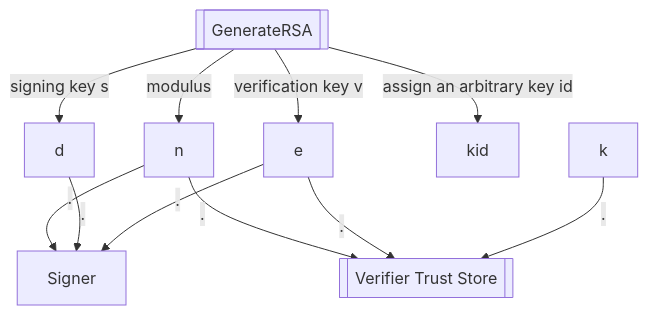
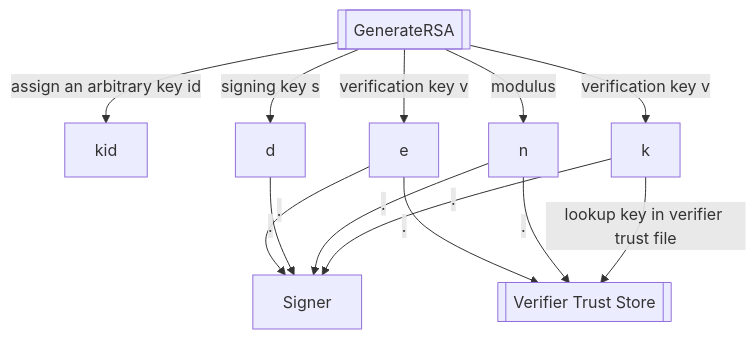
One commit to rfielding/whiskeyTango changed the second of 4 diagrams in README.md. Above: the diagram before and after it, drawn with Mermaid.

Commit message:
update diagram

````diff
--- a/README.md
+++ b/README.md
@@ -117,15 +117,17 @@
 ```mermaid
 flowchart TB
   GenerateRSA[[GenerateRSA]]
+  GenerateRSA-- assign an arbitrary key id -->kid
+  GenerateRSA-- verification key v -->k
   GenerateRSA-- modulus -->n
   GenerateRSA-- signing key s -->d
   GenerateRSA-- verification key v -->e
-  GenerateRSA-- assign an arbitrary key id -->kid
   Verifier[[Verifier Trust Store]]
+  k-- . -->Signer
   n-- . -->Signer
   d-- . -->Signer
   e-- . -->Signer
+  k-- lookup key in verifier trust file -->Verifier
   n-- . -->Verifier
   e-- . -->Verifier
-  k-- . -->Verifier
 ```
````
